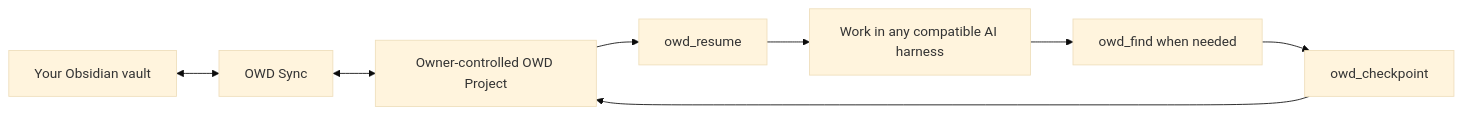
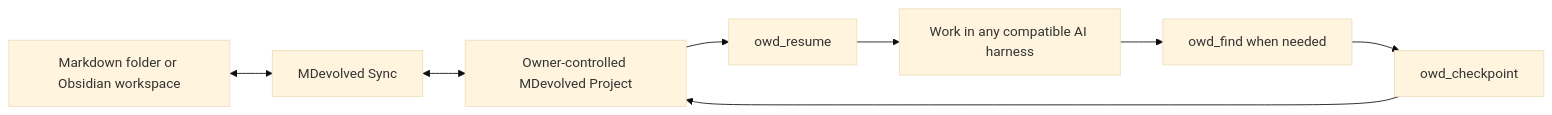
One commit to msinclair25/mdevolved changed the diagram in README.md. Above: the diagram before and after it, drawn with Mermaid (base theme). The commit also changed other lines of this file and 70 other files, not shown here.

````diff
--- a/README.md
+++ b/README.md
@@ -135,10 +137,10 @@
 ```mermaid
 flowchart LR
-    V["Your Obsidian vault"] <--> S["OWD Sync"]
-    S <--> O["Owner-controlled OWD Project"]
+    V["Markdown folder or Obsidian workspace"] <--> S["MDevolved Sync"]
+    S <--> O["Owner-controlled MDevolved Project"]
     O --> R["owd_resume"]
     R --> A["Work in any compatible AI harness"]
     A --> F["owd_find when needed"]
     F --> C["owd_checkpoint"]
     C --> O
 ```
````
